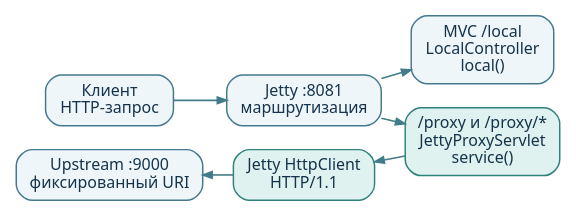
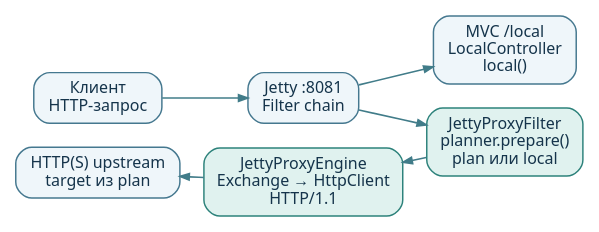
Before and after one commit to AlFlanker/NettyPet: the diagram in jetty-client-example/docs/diagrams/architecture.dot, drawn with Graphviz. The commit also changed 17 other files, not shown here.

Commit message:
Document application integration, validation and updated Jetty proxy guide

```diff
--- a/jetty-client-example/docs/diagrams/architecture.dot
+++ b/jetty-client-example/docs/diagrams/architecture.dot
@@ -1,26 +1,26 @@
 digraph Architecture {
   graph [rankdir=LR, bgcolor="white", fontname="Noto Sans", fontsize=12, pad=0.06,
          nodesep=0.25, ranksep=0.25, splines=polyline];
   node [shape=box, style="rounded,filled", fontname="Noto Sans", fontsize=12,
         fontcolor="#15344B", fillcolor="#EFF6FA", color="#45788F", penwidth=1.1, margin="0.14,0.09"];
   edge [color="#417C89", penwidth=1.2, arrowsize=0.7, fontname="Noto Sans", fontsize=12];
 
   client [label="Клиент\nHTTP-запрос"];
-  jetty [label="Jetty :8081\nмаршрутизация"];
+  jetty [label="Jetty :8081\nFilter chain"];
   local [label="MVC /local\nLocalController\nlocal()"];
-  servlet [label="/proxy и /proxy/*\nJettyProxyServlet\nservice()", fillcolor="#E0F2EF", color="#2D827B"];
-  http [label="Jetty HttpClient\nHTTP/1.1", fillcolor="#E0F2EF", color="#2D827B"];
-  upstream [label="Upstream :9000\nфиксированный URI"];
+  servlet [label="JettyProxyFilter\nplanner.prepare()\nplan или local", fillcolor="#E0F2EF", color="#2D827B"];
+  http [label="JettyProxyEngine\nExchange → HttpClient\nHTTP/1.1", fillcolor="#E0F2EF", color="#2D827B"];
+  upstream [label="HTTP(S) upstream\ntarget из plan"];
 
   { rank=same; client; upstream; }
   { rank=same; jetty; http; }
   { rank=same; local; servlet; }
   client -> upstream [style=invis, weight=30];
   jetty -> http [style=invis, weight=30];
   local -> servlet [style=invis, weight=30];
   client -> jetty;
   jetty -> local;
   jetty -> servlet;
   servlet -> http [constraint=false];
   http -> upstream [constraint=false];
 }
```
